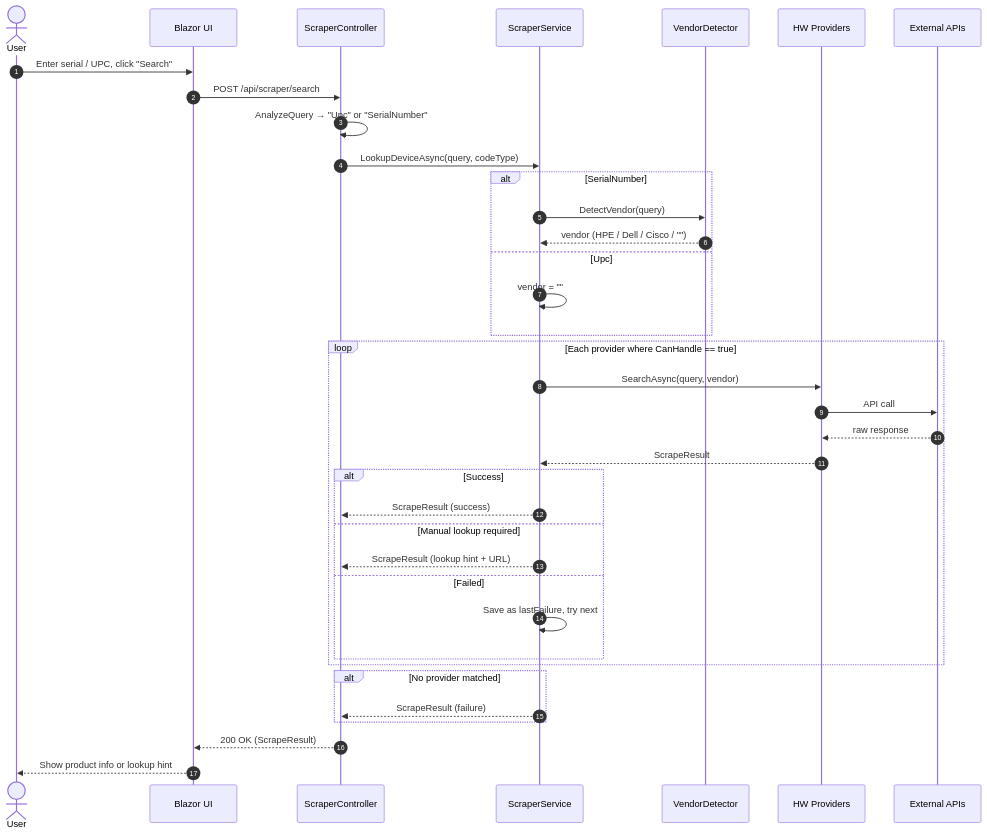
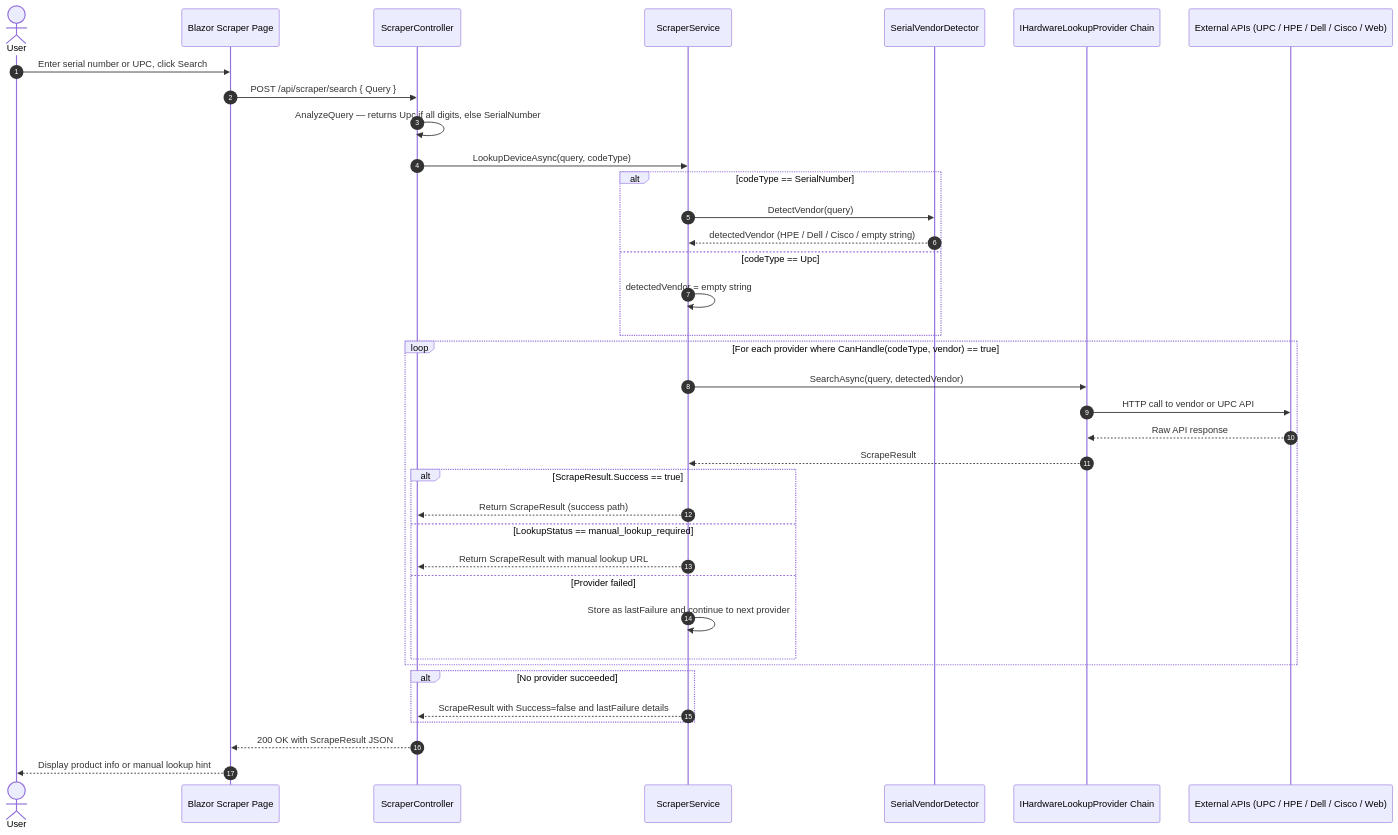
One commit to Denzel-Irizarry/HomeLabManager changed the first of 2 diagrams in docs/diagrams/sequence-hardware-scraping.md. Above: the diagram before and after it, drawn with Mermaid. The commit also changed other lines of this file and 3 other files, not shown here.

First line of the commit message:
Fix Mermaid parse error in Path B, enlarge sequence diagrams, update project-structure section 2

````diff
--- a/docs/diagrams/sequence-hardware-scraping.md
+++ b/docs/diagrams/sequence-hardware-scraping.md
@@ -8,46 +8,46 @@
 ```mermaid
 sequenceDiagram
     autonumber
     actor User
-    participant UI as Blazor UI
+    participant UI as Blazor Scraper Page
     participant API as ScraperController
     participant Svc as ScraperService
-    participant Det as VendorDetector
-    participant Pvd as HW Providers
-    participant Ext as External APIs
+    participant Det as SerialVendorDetector
+    participant Pvd as IHardwareLookupProvider Chain
+    participant Ext as External APIs (UPC / HPE / Dell / Cisco / Web)
 
-    User->>UI: Enter serial / UPC, click "Search"
-    UI->>API: POST /api/scraper/search
+    User->>UI: Enter serial number or UPC, click Search
+    UI->>API: POST /api/scraper/search { Query }
 
-    API->>API: AnalyzeQuery → "Upc" or "SerialNumber"
+    API->>API: AnalyzeQuery — returns Upc if all digits, else SerialNumber
     API->>Svc: LookupDeviceAsync(query, codeType)
 
-    alt SerialNumber
+    alt codeType == SerialNumber
         Svc->>Det: DetectVendor(query)
-        Det-->>Svc: vendor (HPE / Dell / Cisco / "")
-    else Upc
-        Svc->>Svc: vendor = ""
+        Det-->>Svc: detectedVendor (HPE / Dell / Cisco / empty string)
+    else codeType == Upc
+        Svc->>Svc: detectedVendor = empty string
     end
 
-    loop Each provider where CanHandle == true
-        Svc->>Pvd: SearchAsync(query, vendor)
-        Pvd->>Ext: API call
-        Ext-->>Pvd: raw response
+    loop For each provider where CanHandle(codeType, vendor) == true
+        Svc->>Pvd: SearchAsync(query, detectedVendor)
+        Pvd->>Ext: HTTP call to vendor or UPC API
+        Ext-->>Pvd: Raw API response
         Pvd-->>Svc: ScrapeResult
 
-        alt Success
-            Svc-->>API: ScrapeResult (success)
-        else Manual lookup required
-            Svc-->>API: ScrapeResult (lookup hint + URL)
-        else Failed
-            Svc->>Svc: Save as lastFailure, try next
+        alt ScrapeResult.Success == true
+            Svc-->>API: Return ScrapeResult (success path)
+        else LookupStatus == manual_lookup_required
+            Svc-->>API: Return ScrapeResult with manual lookup URL
+        else Provider failed
+            Svc->>Svc: Store as lastFailure and continue to next provider
         end
     end
 
-    alt No provider matched
-        Svc-->>API: ScrapeResult (failure)
+    alt No provider succeeded
+        Svc-->>API: ScrapeResult with Success=false and lastFailure details
     end
 
-    API-->>UI: 200 OK (ScrapeResult)
-    UI-->>User: Show product info or lookup hint
+    API-->>UI: 200 OK with ScrapeResult JSON
+    UI-->>User: Display product info or manual lookup hint
 ```
````
